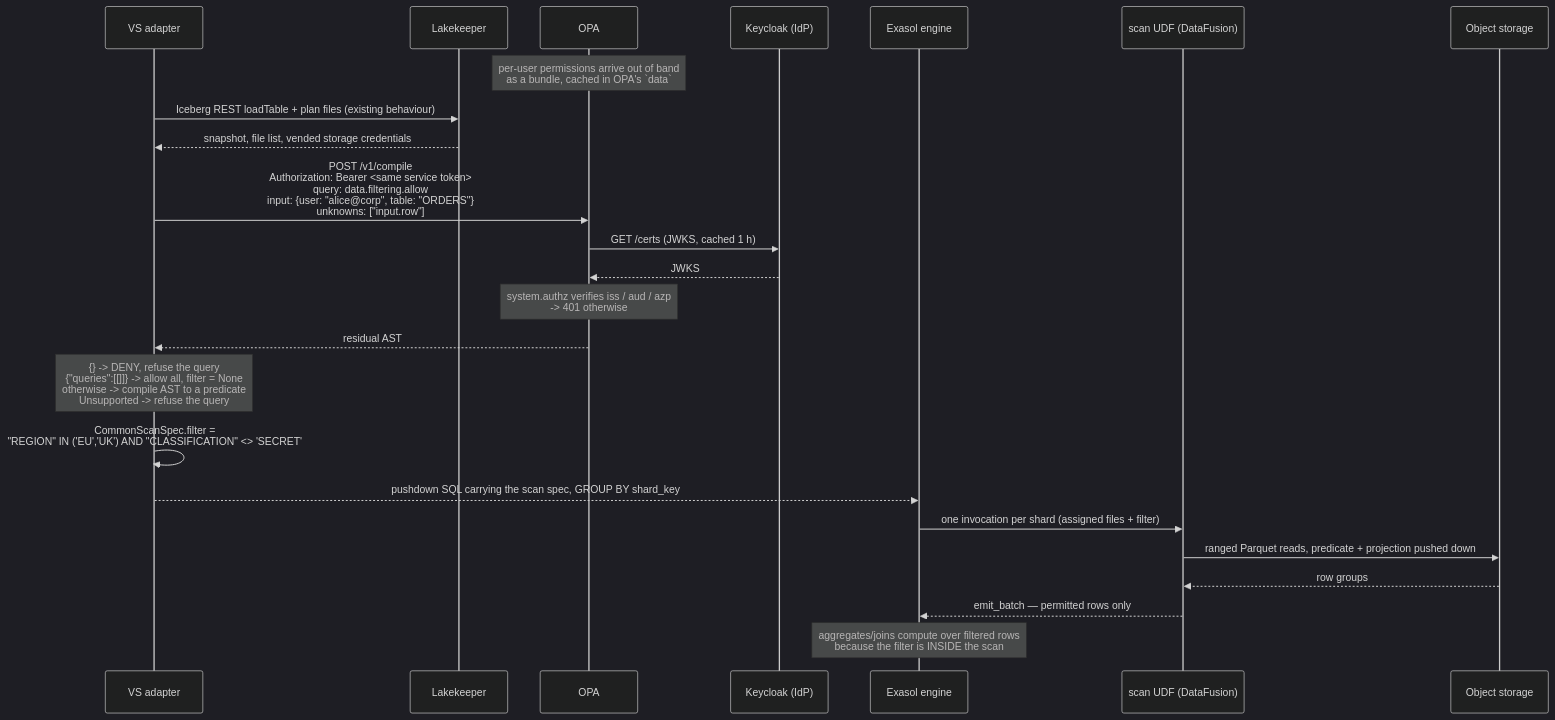
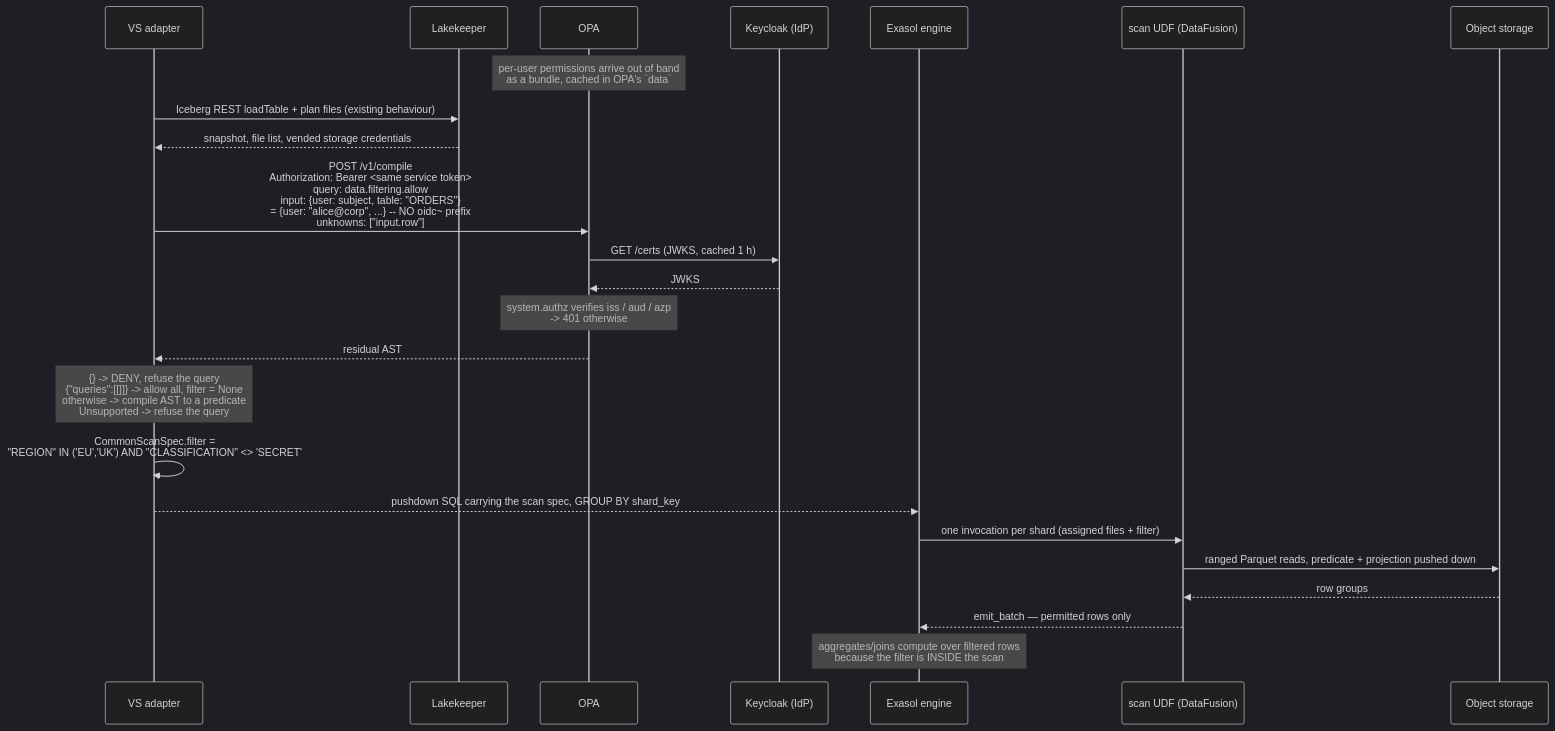
One commit to exasol-labs/lakehouse-engine-rs changed the second of 3 diagrams in spikes/opa-row-filtering/README.md. Above: the diagram before and after it, drawn with Mermaid (dark theme). The commit also changed other lines of this file and 2 other files, not shown here.

First line of the commit message:
spike(opa): resolve the user-id namespace, oidc~ does not belong in USER_MAPPING

````diff
--- a/spikes/opa-row-filtering/README.md
+++ b/spikes/opa-row-filtering/README.md
@@ -1181,27 +1259,27 @@
 ```mermaid
 sequenceDiagram
     participant VS as VS adapter
     participant LK as Lakekeeper
     participant OPA as OPA
     participant IDP as Keycloak (IdP)
     participant EX as Exasol engine
     participant UDF as scan UDF (DataFusion)
     participant S3 as Object storage
 
     Note over OPA: per-user permissions arrive out of band<br/>as a bundle, cached in OPA's `data`
     VS->>LK: Iceberg REST loadTable + plan files (existing behaviour)
     LK-->>VS: snapshot, file list, vended storage credentials
-    VS->>OPA: POST /v1/compile<br/>Authorization: Bearer <same service token><br/>query: data.filtering.allow<br/>input: {user: "alice@corp", table: "ORDERS"}<br/>unknowns: ["input.row"]
+    VS->>OPA: POST /v1/compile<br/>Authorization: Bearer <same service token><br/>query: data.filtering.allow<br/>input: {user: subject, table: "ORDERS"}<br/>= {user: "alice@corp", ...} -- NO oidc~ prefix<br/>unknowns: ["input.row"]
     OPA->>IDP: GET /certs (JWKS, cached 1 h)
     IDP-->>OPA: JWKS
     Note over OPA: system.authz verifies iss / aud / azp<br/>-> 401 otherwise
     OPA-->>VS: residual AST
     Note over VS: {} -> DENY, refuse the query<br/>{"queries":[[]]} -> allow all, filter = None<br/>otherwise -> compile AST to a predicate<br/>Unsupported -> refuse the query
     VS->>VS: CommonScanSpec.filter =<br/>"REGION" IN ('EU','UK') AND "CLASSIFICATION" <> 'SECRET'
     VS-->>EX: pushdown SQL carrying the scan spec, GROUP BY shard_key
     EX->>UDF: one invocation per shard (assigned files + filter)
     UDF->>S3: ranged Parquet reads, predicate + projection pushed down
     S3-->>UDF: row groups
     UDF-->>EX: emit_batch — permitted rows only
     Note over EX: aggregates/joins compute over filtered rows<br/>because the filter is INSIDE the scan
 ```
````
